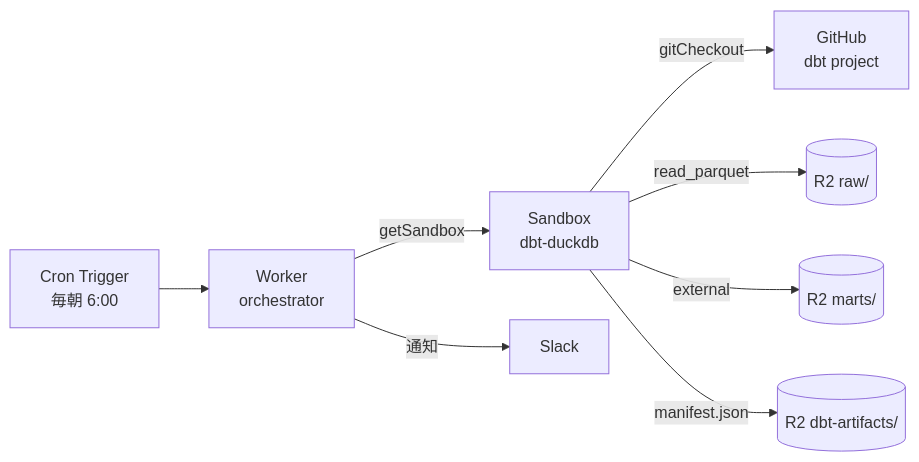
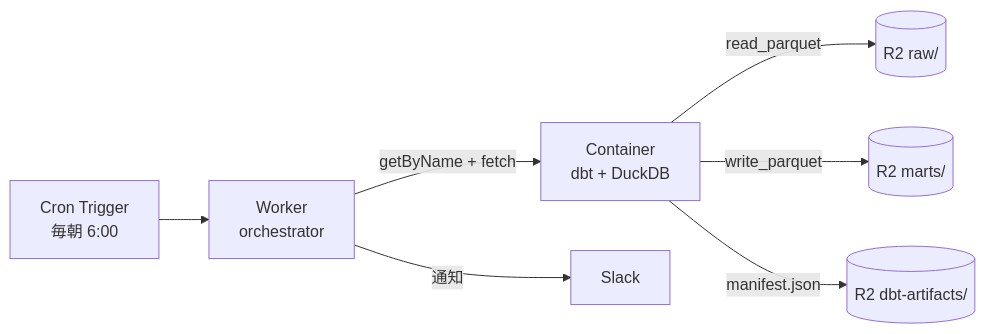
The diagram in contents/cloudflare-data-platform/pages/07-dbt.md (ta93abe/slides), drawn with Mermaid before and after one commit. The commit also changed other lines of this file, not shown here.

First line of the commit message:
tweak(cfdp): 07-dbt 章を「Containers で動かす」に統一、Slim CI を削除して 4 枚に圧縮 (#19)

````diff
--- a/contents/cloudflare-data-platform/pages/07-dbt.md
+++ b/contents/cloudflare-data-platform/pages/07-dbt.md
@@ -43,10 +77,9 @@
 ```mermaid
 flowchart LR
     CT["Cron Trigger<br/>毎朝 6:00"] --> W["Worker<br/>orchestrator"]
-    W -->|getSandbox| S["Sandbox<br/>dbt-duckdb"]
-    S -->|gitCheckout| GH["GitHub<br/>dbt project"]
-    S -->|read_parquet| R2_IN[(R2 raw/)]
-    S -->|external| R2_OUT[(R2 marts/)]
-    S -->|manifest.json| R2_A[(R2 dbt-artifacts/)]
+    W -->|getByName + fetch| C["Container<br/>dbt + DuckDB"]
+    C -->|read_parquet| R2_IN[(R2 raw/)]
+    C -->|write_parquet| R2_OUT[(R2 marts/)]
+    C -->|manifest.json| R2_A[(R2 dbt-artifacts/)]
     W -->|通知| SL[Slack]
 ```
````
